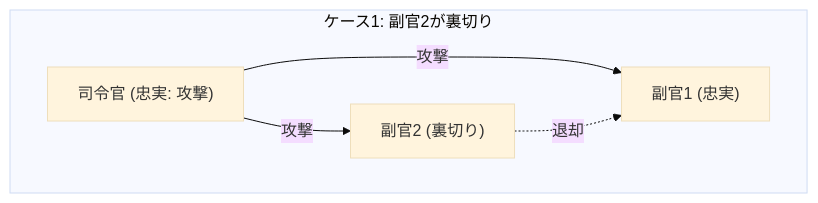
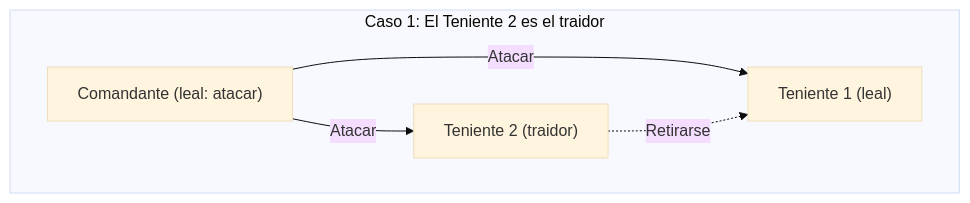
One commit to kenjinote/blog changed the second of 4 diagrams in content/post/byzantine-generals-problem/index.es.md. Above: the diagram before and after it, drawn with Mermaid (base theme). The commit also changed other lines of this file and 28 other files, not shown here.

Commit message:
Translate Japanese text inside Mermaid diagrams to respective languages

````diff
--- a/content/post/byzantine-generals-problem/index.es.md
+++ b/content/post/byzantine-generals-problem/index.es.md
@@ -73,8 +73,8 @@
 ```mermaid
 graph TD
-subgraph "ケース1: 副官2が裏切り"
-    C["司令官 (忠実: 攻撃)"] -->|"攻撃"| L1["副官1 (忠実)"]
-    C -->|"攻撃"| L2["副官2 (裏切り)"]
-    L2 -.->|"退却"| L1
+subgraph "Caso 1: El Teniente 2 es el traidor"
+    C["Comandante (leal: atacar)"] -->|"Atacar"| L1["Teniente 1 (leal)"]
+    C -->|"Atacar"| L2["Teniente 2 (traidor)"]
+    L2 -.->|"Retirarse"| L1
 end
 ```
````
